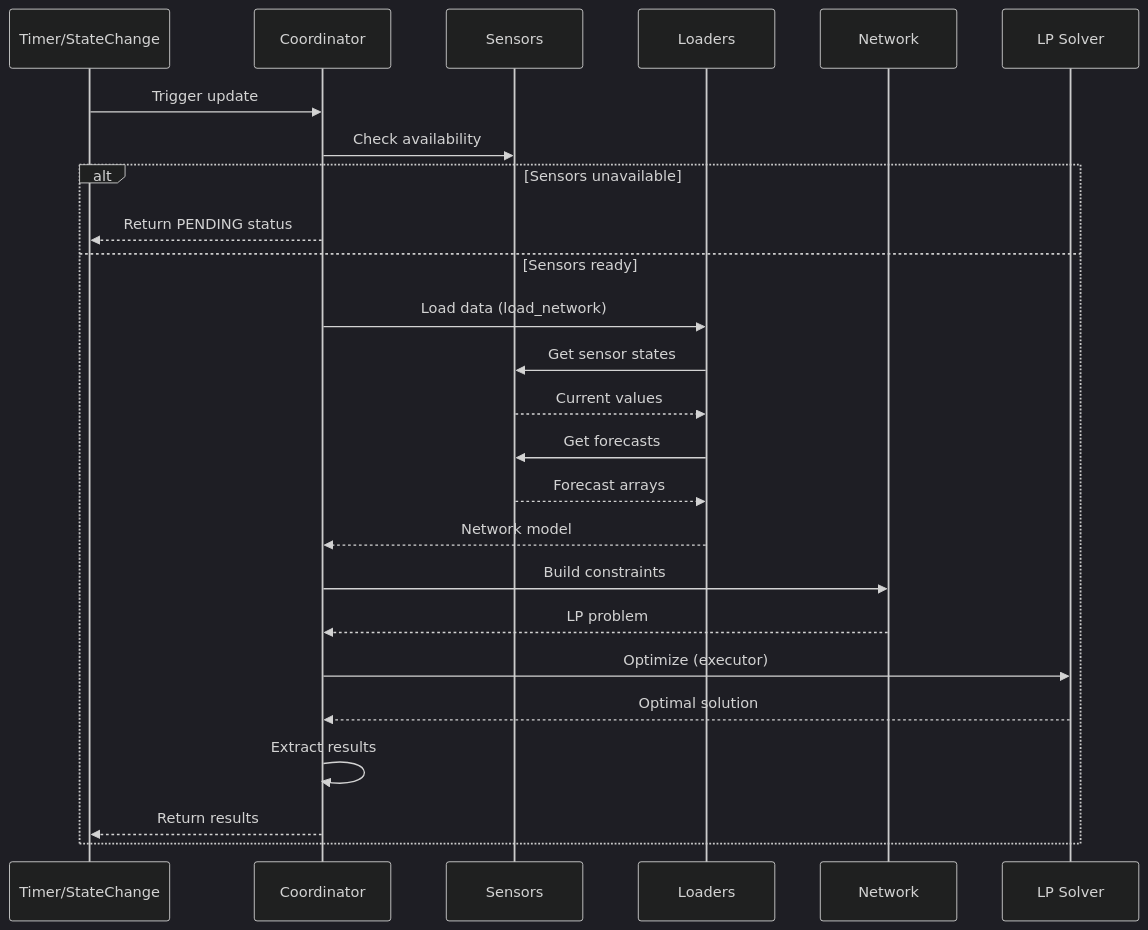
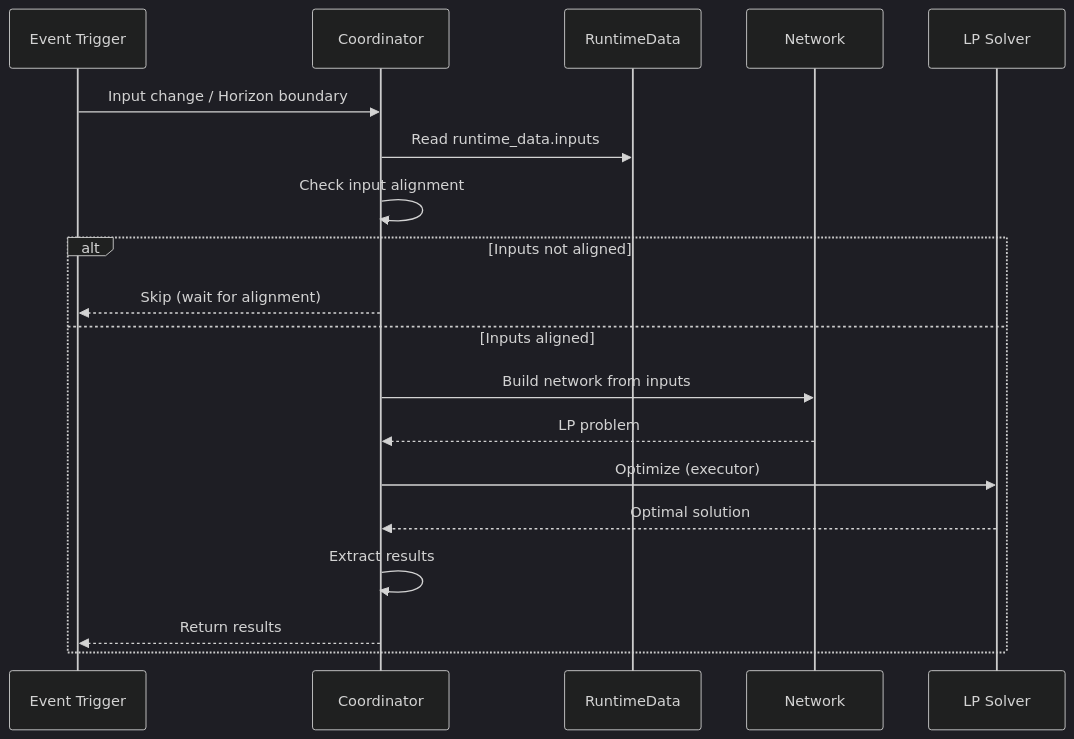
One commit to hass-energy/haeo changed the first of 2 diagrams in docs/developer-guide/coordinator.md. Above: the diagram before and after it, drawn with Mermaid (dark theme). The commit also changed other lines of this file and 25 other files, not shown here.

````diff
--- a/docs/developer-guide/coordinator.md
+++ b/docs/developer-guide/coordinator.md
@@ -32,28 +36,22 @@
 ```mermaid
 sequenceDiagram
-    participant T as Timer/StateChange
+    participant Trigger as Event Trigger
     participant C as Coordinator
-    participant S as Sensors
-    participant L as Loaders
+    participant RD as RuntimeData
     participant N as Network
     participant LP as LP Solver
 
-    T->>C: Trigger update
-    C->>S: Check availability
-    alt Sensors unavailable
-        C-->>T: Return PENDING status
-    else Sensors ready
-        C->>L: Load data (load_network)
-        L->>S: Get sensor states
-        S-->>L: Current values
-        L->>S: Get forecasts
-        S-->>L: Forecast arrays
-        L-->>C: Network model
-        C->>N: Build constraints
+    Trigger->>C: Input change / Horizon boundary
+    C->>RD: Read runtime_data.inputs
+    C->>C: Check input alignment
+    alt Inputs not aligned
+        C-->>Trigger: Skip (wait for alignment)
+    else Inputs aligned
+        C->>N: Build network from inputs
         N-->>C: LP problem
         C->>LP: Optimize (executor)
         LP-->>C: Optimal solution
         C->>C: Extract results
-        C-->>T: Return results
+        C-->>Trigger: Return results
     end
 ```
````
